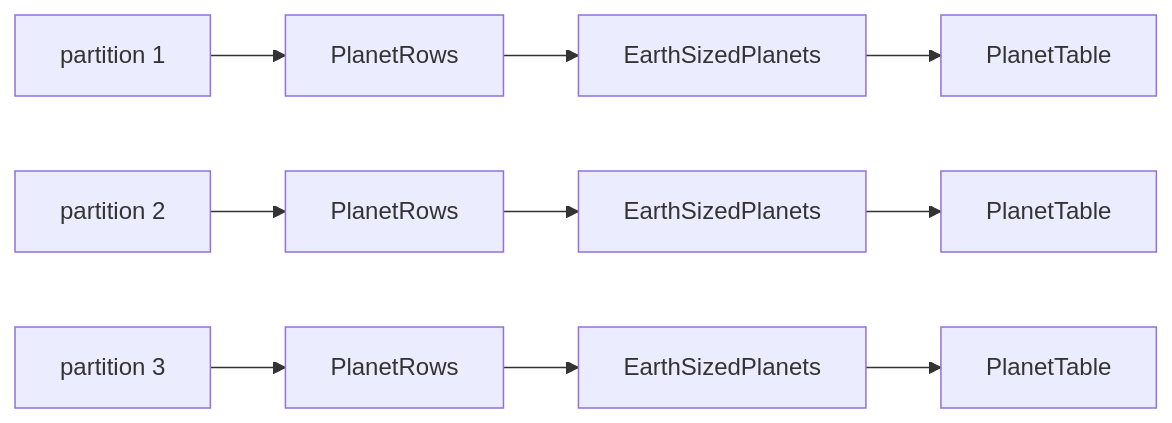
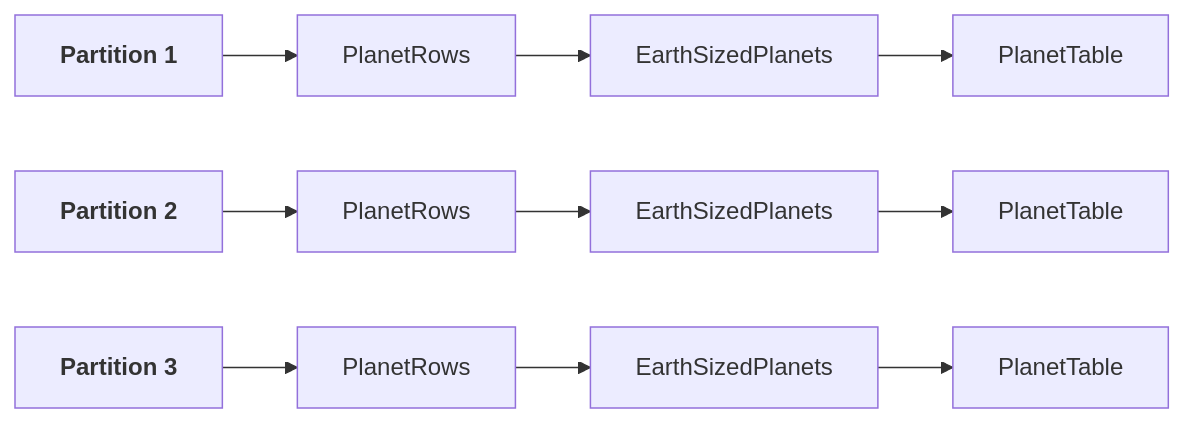
One commit to FAST-HEP/fasthep-flow changed the third of 7 diagrams in docs/execution/runtime.md. Above: the diagram before and after it, drawn with Mermaid. The commit also changed other lines of this file and 7 other files, not shown here.

````diff
--- a/docs/execution/runtime.md
+++ b/docs/execution/runtime.md
@@ -148,6 +148,6 @@
 ```{mermaid}
 flowchart LR
-    P1["partition 1"] --> A1["PlanetRows"] --> B1["EarthSizedPlanets"] --> C1["PlanetTable"]
-    P2["partition 2"] --> A2["PlanetRows"] --> B2["EarthSizedPlanets"] --> C2["PlanetTable"]
-    P3["partition 3"] --> A3["PlanetRows"] --> B3["EarthSizedPlanets"] --> C3["PlanetTable"]
+    P1["<b>Partition 1</b>"]:::input --> A1["PlanetRows"]:::transform --> B1["EarthSizedPlanets"]:::transform --> C1["PlanetTable"]:::transform
+    P2["<b>Partition 2</b>"]:::input --> A2["PlanetRows"]:::transform --> B2["EarthSizedPlanets"]:::transform --> C2["PlanetTable"]:::transform
+    P3["<b>Partition 3</b>"]:::input --> A3["PlanetRows"]:::transform --> B3["EarthSizedPlanets"]:::transform --> C3["PlanetTable"]:::transform
 ```
````
